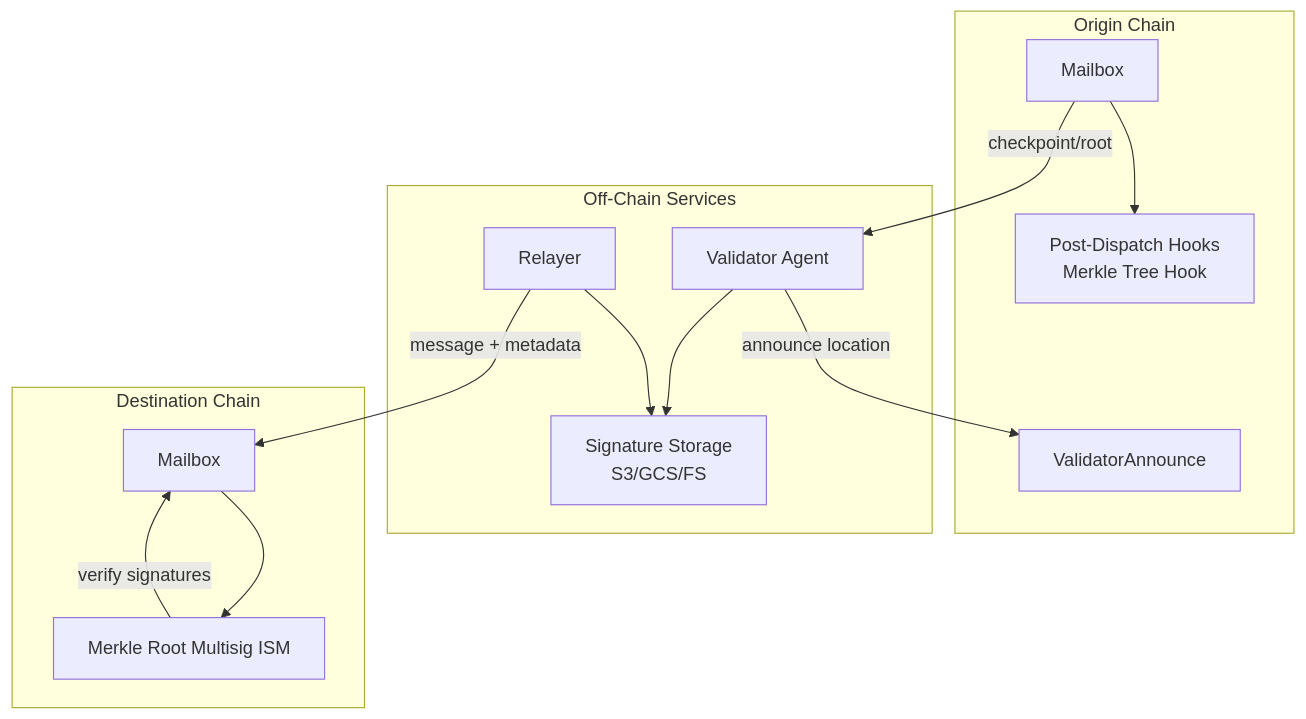
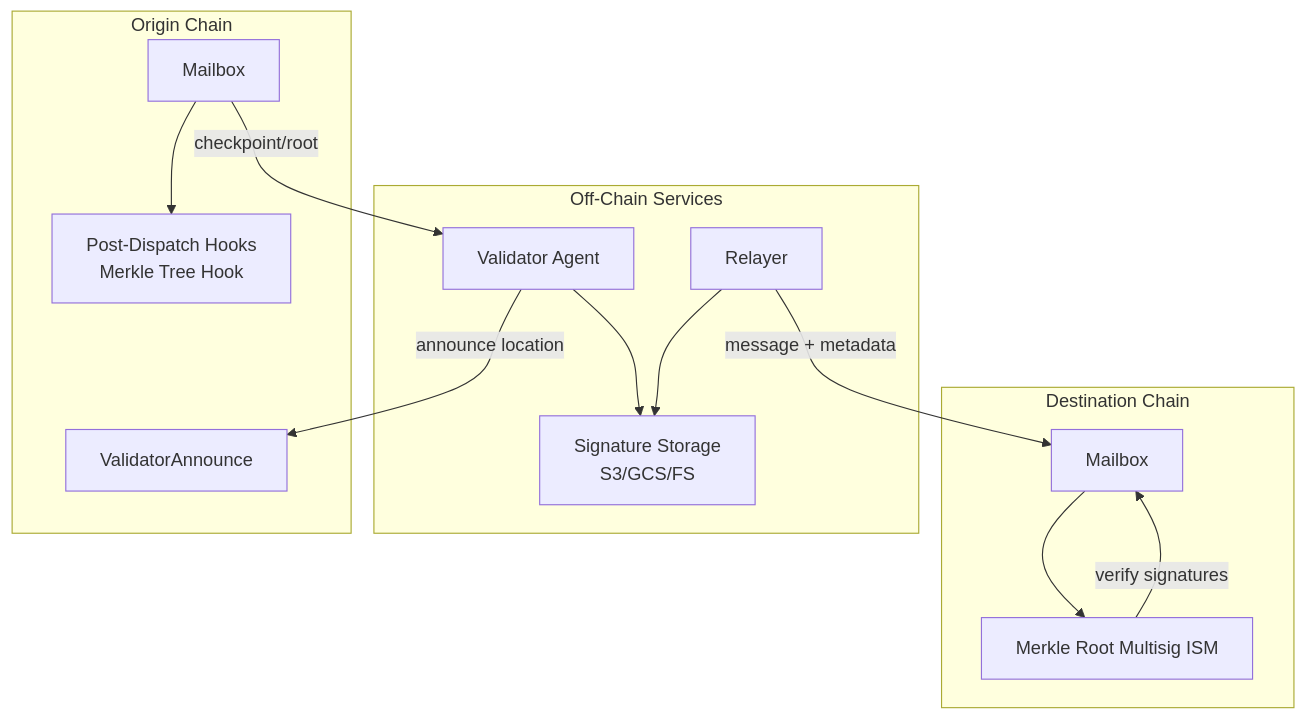
Before and after one commit to celestiaorg/hyperlane-ops: the diagram in docs/multisig-ism.md, drawn with Mermaid. The commit also changed other lines of this file and 2 other files, not shown here.

Commit message:
chore: order multisig diagram correctly

````diff
--- a/docs/multisig-ism.md
+++ b/docs/multisig-ism.md
@@ -16,28 +16,28 @@
 ```mermaid
 flowchart TB
-  subgraph Origin["Origin Chain"]
-    OM[Mailbox]
-    MTH["Post-Dispatch Hooks<br/>Merkle Tree Hook"]
-    VA[ValidatorAnnounce]
-    OM --> MTH
+  subgraph Destination["Destination Chain"]
+    DM[Mailbox]
+    ISM[Merkle Root Multisig ISM]
+    DM --> ISM
   end
 
   subgraph Offchain["Off-Chain Services"]
     V[Validator Agent]
     S["Signature Storage<br/>S3/GCS/FS"]
     R[Relayer]
     V --> S
     R --> S
   end
 
-  subgraph Destination["Destination Chain"]
-    DM[Mailbox]
-    ISM[Merkle Root Multisig ISM]
-    DM --> ISM
+  subgraph Origin["Origin Chain"]
+    OM[Mailbox]
+    MTH["Post-Dispatch Hooks<br/>Merkle Tree Hook"]
+    VA[ValidatorAnnounce]
+    OM --> MTH
   end
 
   OM -- checkpoint/root --> V
   V -- announce location --> VA
   R -- message + metadata --> DM
   ISM -- verify signatures --> DM
 ```
````
